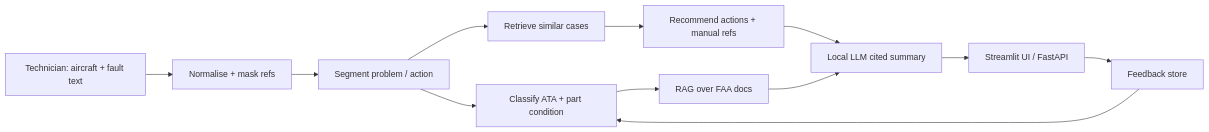
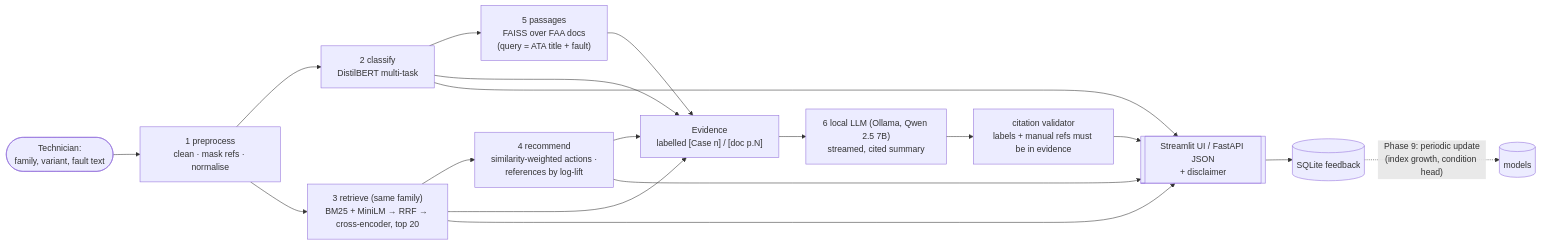
Before and after one commit to Jayesh-Gautam/studious-octo-tribble: the second of 2 diagrams in docs/ARCHITECTURE.md, drawn with Mermaid. The commit also changed other lines of this file and 7 other files, not shown here.

First line of the commit message:
Phase 10: final evaluation, RESULTS.md, architecture and syllabus mapping

````diff
--- a/docs/ARCHITECTURE.md
+++ b/docs/ARCHITECTURE.md
@@ -5,13 +33,20 @@
 ```mermaid
 flowchart LR
-    A[Technician: aircraft + fault text] --> B[Normalise + mask refs]
-    B --> C[Segment problem / action]
-    C --> D[Classify ATA + part condition]
-    C --> E[Retrieve similar cases]
-    E --> F[Recommend actions + manual refs]
-    D --> G[RAG over FAA docs]
-    F --> H[Local LLM cited summary]
-    G --> H
-    H --> I[Streamlit UI / FastAPI]
-    I --> J[Feedback store] --> D
+    U([Technician:<br/>family, variant, fault text]) --> P["1 preprocess<br/>clean · mask refs · normalise"]
+    P --> C["2 classify<br/>DistilBERT multi-task"]
+    P --> R["3 retrieve (same family)<br/>BM25 + MiniLM → RRF → cross-encoder, top 20"]
+    R --> A["4 recommend<br/>similarity-weighted actions ·<br/>references by log-lift"]
+    C --> D["5 passages<br/>FAISS over FAA docs<br/>(query = ATA title + fault)"]
+    C --> E["Evidence<br/>labelled [Case n] / [doc p.N]"]
+    A --> E
+    R --> E
+    D --> E
+    E --> L["6 local LLM (Ollama, Qwen 2.5 7B)<br/>streamed, cited summary"]
+    L --> V["citation validator<br/>labels + manual refs must be in evidence"]
+    C --> UI
+    A --> UI
+    R --> UI
+    V --> UI[["Streamlit UI / FastAPI JSON<br/>+ disclaimer"]]
+    UI --> F[(SQLite feedback)]
+    F -. "Phase 9: periodic update<br/>(index growth, condition head)" .-> M[(models)]
 ```
````
